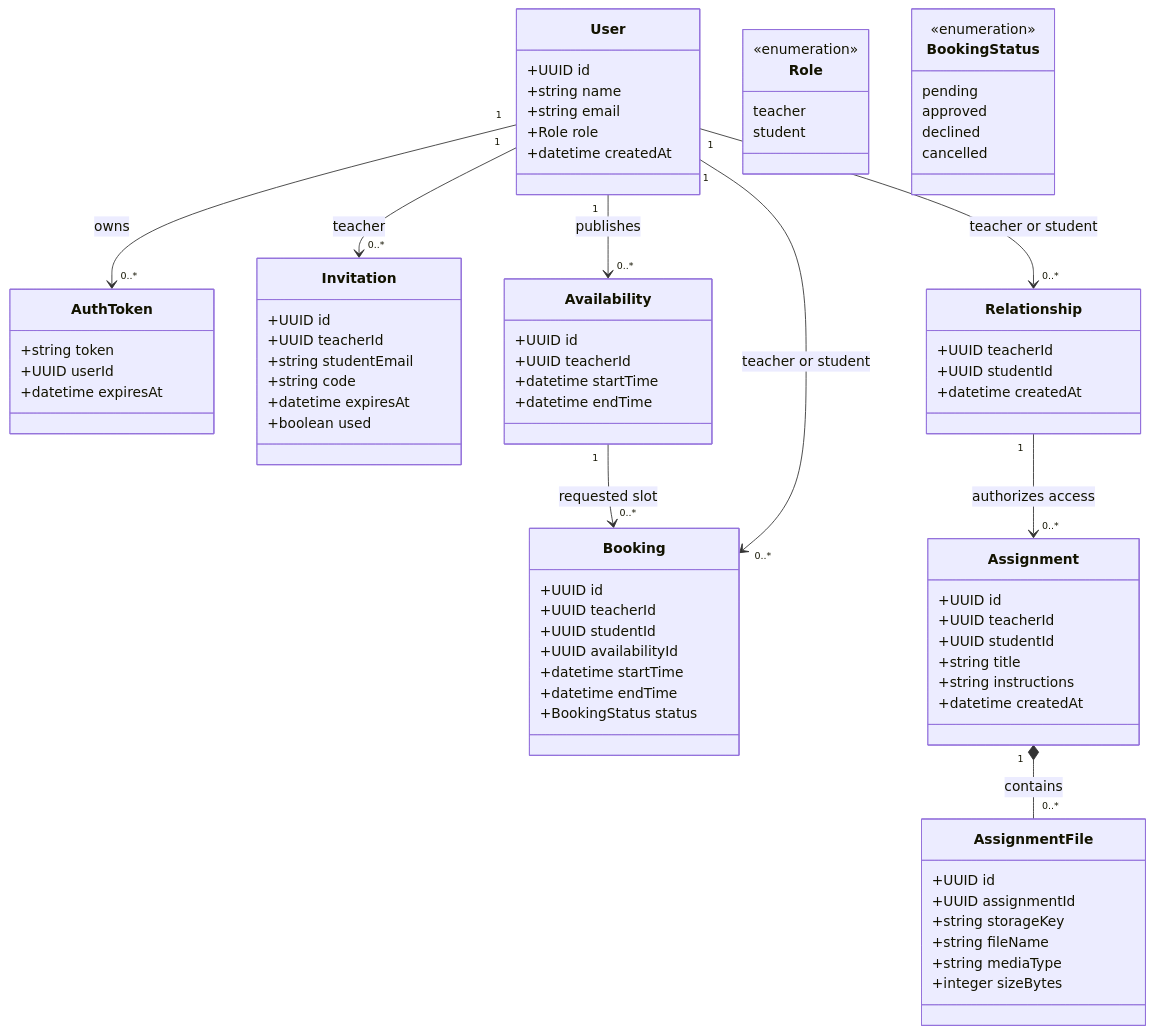
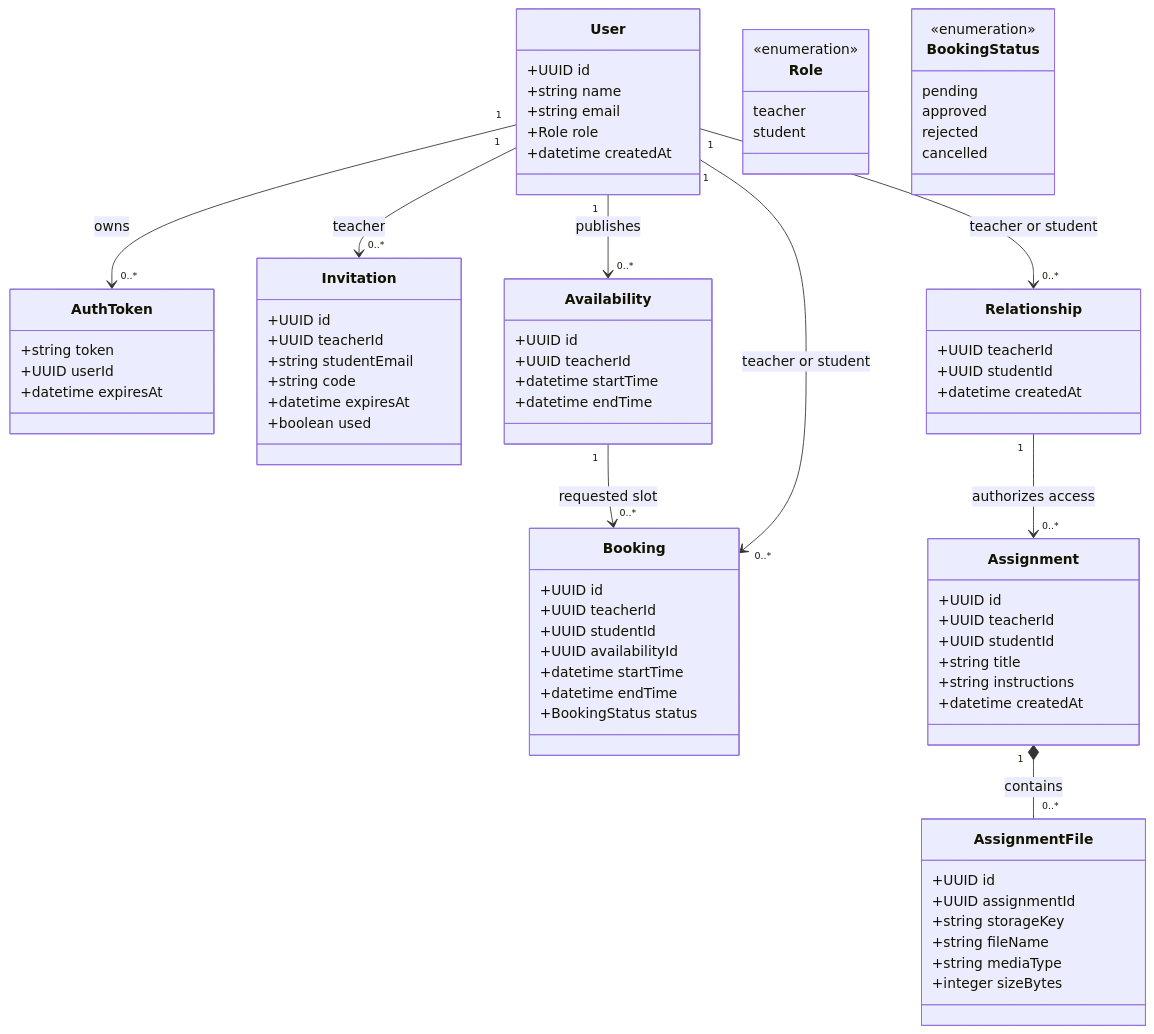
Before and after one commit to Sprint-1-Software-engineering/Sprint-1: the diagram in docs/diagrams/TutorBridge-domain.mmd, drawn with Mermaid. The commit also changed 14 other files, not shown here.

```diff
--- a/docs/diagrams/TutorBridge-domain.mmd
+++ b/docs/diagrams/TutorBridge-domain.mmd
@@ -1,77 +1,77 @@
 classDiagram
   class User {
     +UUID id
     +string name
     +string email
     +Role role
     +datetime createdAt
   }
   class AuthToken {
     +string token
     +UUID userId
     +datetime expiresAt
   }
   class Invitation {
     +UUID id
     +UUID teacherId
     +string studentEmail
     +string code
     +datetime expiresAt
     +boolean used
   }
   class Relationship {
     +UUID teacherId
     +UUID studentId
     +datetime createdAt
   }
   class Availability {
     +UUID id
     +UUID teacherId
     +datetime startTime
     +datetime endTime
   }
   class Booking {
     +UUID id
     +UUID teacherId
     +UUID studentId
     +UUID availabilityId
     +datetime startTime
     +datetime endTime
     +BookingStatus status
   }
   class Assignment {
     +UUID id
     +UUID teacherId
     +UUID studentId
     +string title
     +string instructions
     +datetime createdAt
   }
   class AssignmentFile {
     +UUID id
     +UUID assignmentId
     +string storageKey
     +string fileName
     +string mediaType
     +integer sizeBytes
   }
   class Role {
     <<enumeration>>
     teacher
     student
   }
   class BookingStatus {
     <<enumeration>>
     pending
     approved
-    declined
+    rejected
     cancelled
   }
   User "1" --> "0..*" AuthToken : owns
   User "1" --> "0..*" Invitation : teacher
   User "1" --> "0..*" Relationship : teacher or student
   User "1" --> "0..*" Availability : publishes
   Availability "1" --> "0..*" Booking : requested slot
   User "1" --> "0..*" Booking : teacher or student
   Relationship "1" --> "0..*" Assignment : authorizes access
   Assignment "1" *-- "0..*" AssignmentFile : contains
```
